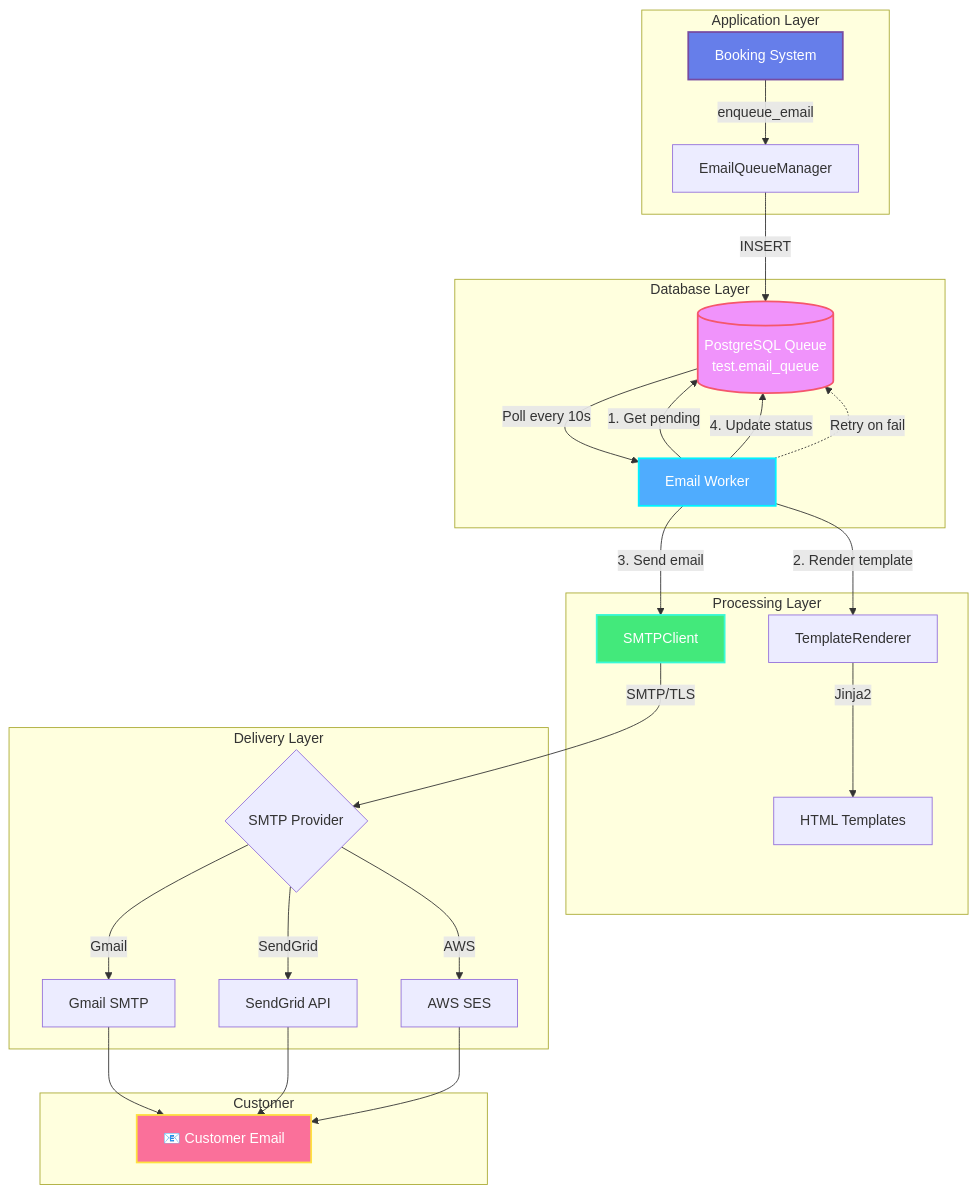
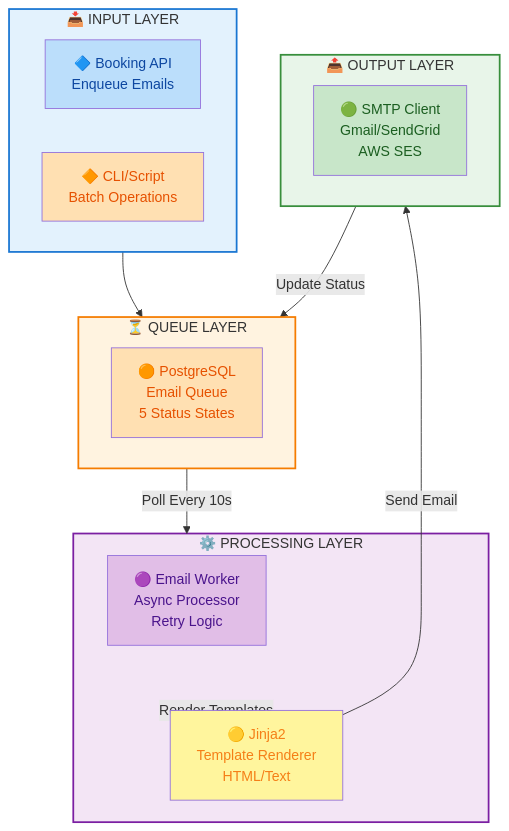
The first of 4 diagrams in email_service/README.md (javierjortiz82/MCP-Server), drawn with Mermaid before and after one commit. The commit also changed other lines of this file and 45 other files, not shown here.

````diff
--- a/email_service/README.md
+++ b/email_service/README.md
@@ -75,40 +56,37 @@
 ```mermaid
 graph TB
-    subgraph "Application Layer"
-        A[Booking System] -->|enqueue_email| B[EmailQueueManager]
+    subgraph INPUT["📥 INPUT LAYER"]
+        API["🔷 Booking API<br/>Enqueue Emails"]
+        CLI["🔶 CLI/Script<br/>Batch Operations"]
     end
 
-    subgraph "Database Layer"
-        B -->|INSERT| C[(PostgreSQL Queue<br/>test.email_queue)]
-        C -->|Poll every 10s| D[Email Worker]
+    subgraph QUEUE["⏳ QUEUE LAYER"]
+        DB["🟠 PostgreSQL<br/>Email Queue<br/>5 Status States"]
     end
 
-    subgraph "Processing Layer"
-        D -->|1. Get pending| C
-        D -->|2. Render template| E[TemplateRenderer]
-        E -->|Jinja2| F[HTML Templates]
-        D -->|3. Send email| G[SMTPClient]
+    subgraph PROCESSING["⚙️ PROCESSING LAYER"]
+        WORKER["🟣 Email Worker<br/>Async Processor<br/>Retry Logic"]
+        RENDER["🟡 Jinja2<br/>Template Renderer<br/>HTML/Text"]
     end
 
-    subgraph "Delivery Layer"
-        G -->|SMTP/TLS| H{SMTP Provider}
-        H -->|Gmail| I[Gmail SMTP]
-        H -->|SendGrid| J[SendGrid API]
-        H -->|AWS| K[AWS SES]
+    subgraph OUTPUT["📤 OUTPUT LAYER"]
+        SMTP["🟢 SMTP Client<br/>Gmail/SendGrid<br/>AWS SES"]
     end
 
-    subgraph "Customer"
-        I --> L[📧 Customer Email]
-        J --> L
-        K --> L
-    end
+    INPUT --> QUEUE
+    QUEUE -->|Poll Every 10s| PROCESSING
+    PROCESSING -->|Render Templates| RENDER
+    RENDER -->|Send Email| OUTPUT
+    OUTPUT -->|Update Status| QUEUE
 
-    D -->|4. Update status| C
-    D -.->|Retry on fail| C
-
-    style A fill:#667eea,stroke:#764ba2,stroke-width:2px,color:#fff
-    style C fill:#f093fb,stroke:#f5576c,stroke-width:2px,color:#fff
-    style D fill:#4facfe,stroke:#00f2fe,stroke-width:2px,color:#fff
-    style G fill:#43e97b,stroke:#38f9d7,stroke-width:2px,color:#fff
-    style L fill:#fa709a,stroke:#fee140,stroke-width:2px,color:#fff
+    style INPUT fill:#e3f2fd,stroke:#1976d2,stroke-width:2px
+    style QUEUE fill:#fff3e0,stroke:#f57c00,stroke-width:2px
+    style PROCESSING fill:#f3e5f5,stroke:#7b1fa2,stroke-width:2px
+    style OUTPUT fill:#e8f5e9,stroke:#388e3c,stroke-width:2px
+    style API fill:#bbdefb,color:#0d47a1
+    style CLI fill:#ffe0b2,color:#e65100
+    style DB fill:#ffe0b2,color:#e65100
+    style WORKER fill:#e1bee7,color:#4a148c
+    style RENDER fill:#fff59d,color:#f57f17
+    style SMTP fill:#c8e6c9,color:#1b5e20
 ```
````
